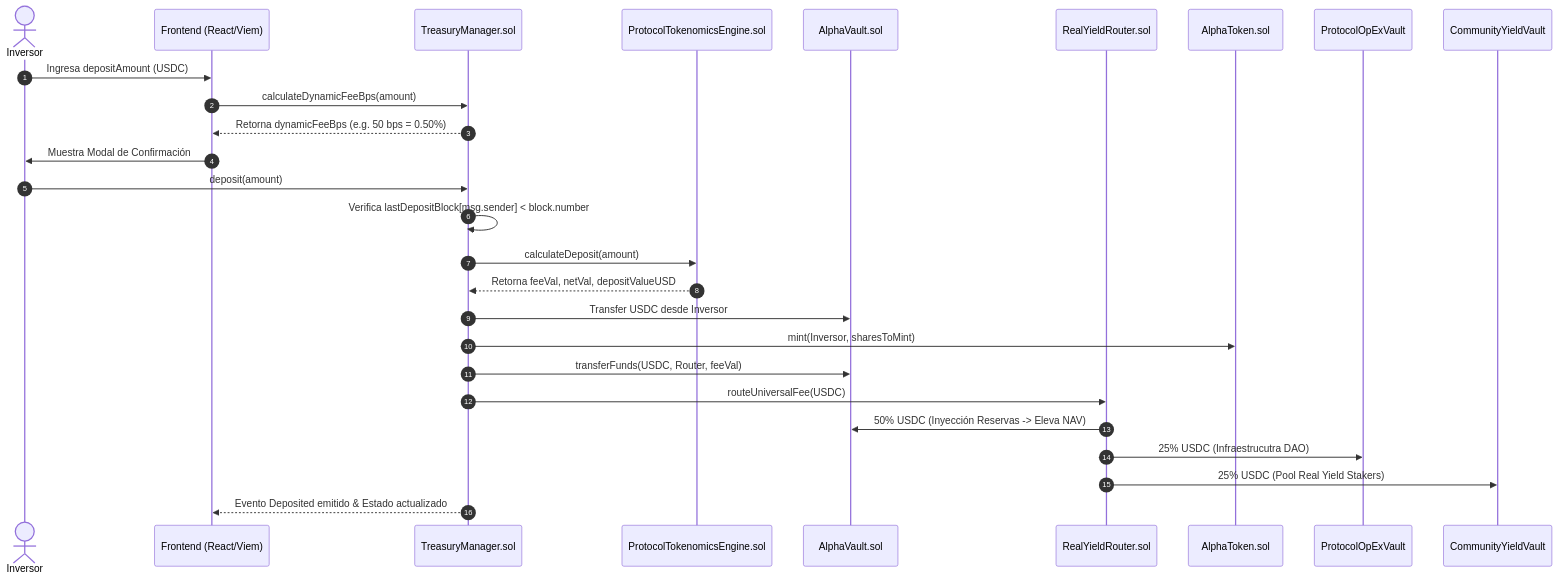
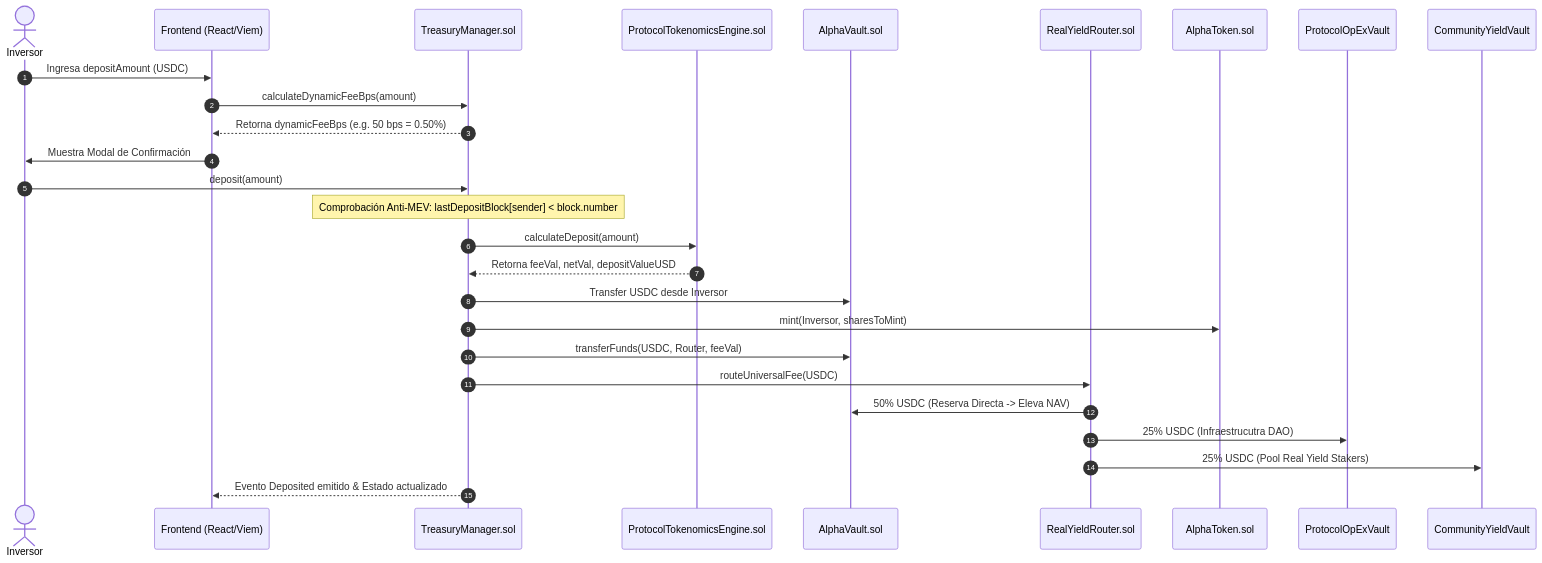
The second of 3 diagrams in docs/FULL_ARCHITECTURE_SPECIFICATION.md (JaviMartin92/token), drawn with Mermaid before and after one commit. The commit also changed other lines of this file, not shown here.

Commit message:
docs: expand FULL_ARCHITECTURE_SPECIFICATION.md with comprehensive technical, mathematical and contract specifications

````diff
--- a/docs/FULL_ARCHITECTURE_SPECIFICATION.md
+++ b/docs/FULL_ARCHITECTURE_SPECIFICATION.md
@@ -103,28 +119,28 @@
 ```mermaid
 sequenceDiagram
     autonumber
     actor Investor as Inversor
     participant App as Frontend (React/Viem)
     participant Treasury as TreasuryManager.sol
     participant Engine as ProtocolTokenomicsEngine.sol
     participant Vault as AlphaVault.sol
     participant Router as RealYieldRouter.sol
     participant Token as AlphaToken.sol
 
     Investor->>App: Ingresa depositAmount (USDC)
     App->>Treasury: calculateDynamicFeeBps(amount)
     Treasury-->>App: Retorna dynamicFeeBps (e.g. 50 bps = 0.50%)
     App->>Investor: Muestra Modal de Confirmación
     Investor->>Treasury: deposit(amount)
-    Treasury->>Treasury: Verifica lastDepositBlock[msg.sender] < block.number
+    Note over Treasury: Comprobación Anti-MEV: lastDepositBlock[sender] < block.number
     Treasury->>Engine: calculateDeposit(amount)
     Engine-->>Treasury: Retorna feeVal, netVal, depositValueUSD
     Treasury->>Vault: Transfer USDC desde Inversor
     Treasury->>Token: mint(Inversor, sharesToMint)
     Treasury->>Vault: transferFunds(USDC, Router, feeVal)
     Treasury->>Router: routeUniversalFee(USDC)
-    Router->>Vault: 50% USDC (Inyección Reservas -> Eleva NAV)
+    Router->>Vault: 50% USDC (Reserva Directa -> Eleva NAV)
     Router->>ProtocolOpExVault: 25% USDC (Infraestrucutra DAO)
     Router->>CommunityYieldVault: 25% USDC (Pool Real Yield Stakers)
     Treasury-->>App: Evento Deposited emitido & Estado actualizado
 ```
````
